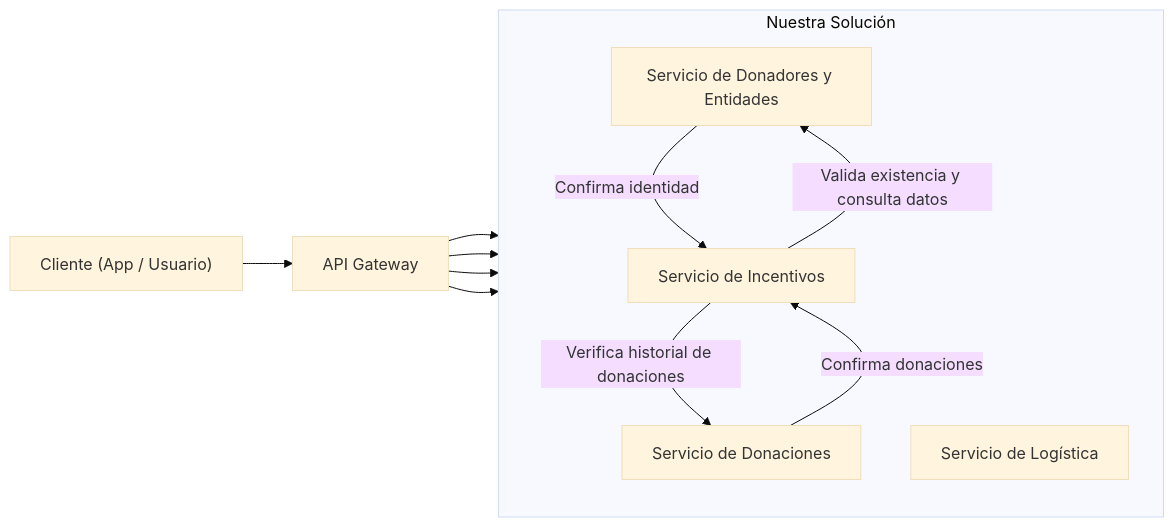
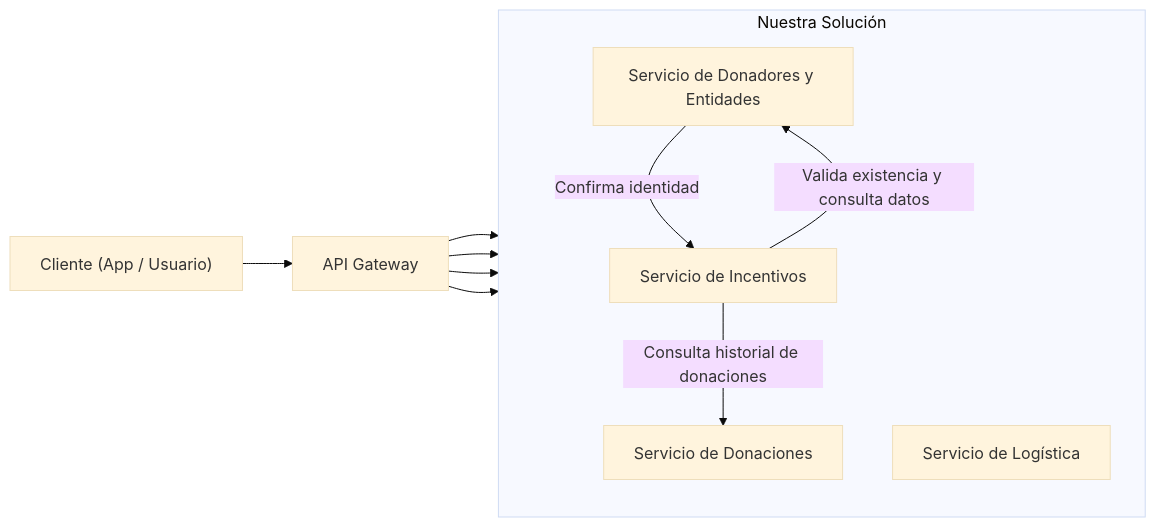
One commit to 2026-ddsi-tpa-diseno-en-beta/Incentivos changed the diagram in docs/arquitectura.md. Above: the diagram before and after it, drawn with Mermaid (base theme). The commit also changed 1 other file, not shown here.

Commit message:
refactor(api): ordenar rutas sin cambiar la logica central

````diff
--- a/docs/arquitectura.md
+++ b/docs/arquitectura.md
@@ -1,23 +1,22 @@
 ```mermaid
 flowchart LR
     subgraph Sistema["Nuestra Solución"]
         direction TB
         Donadores["Servicio de Donadores y Entidades"]
         Donaciones["Servicio de Donaciones"]
         Logistica["Servicio de Logística"]
         Incentivos["Servicio de Incentivos"]
     end
 
     Cliente["Cliente (App / Usuario)"] --> APIGateway["API Gateway"]
     APIGateway --> Donadores
     APIGateway --> Donaciones
     APIGateway --> Logistica
     APIGateway --> Incentivos
 
     
     Incentivos --"Valida existencia y consulta datos"--> Donadores
     Donadores --"Confirma identidad" -->Incentivos
     
-    Incentivos --"Verifica historial de donaciones"--> Donaciones
-    Donaciones --"Confirma donaciones"--> Incentivos
+    Incentivos --"Consulta historial de donaciones"--> Donaciones
 ```
````
